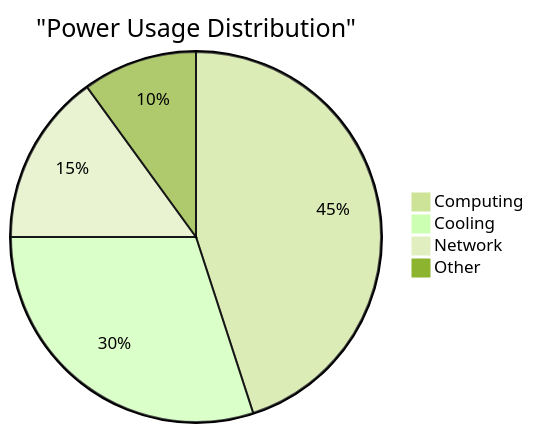
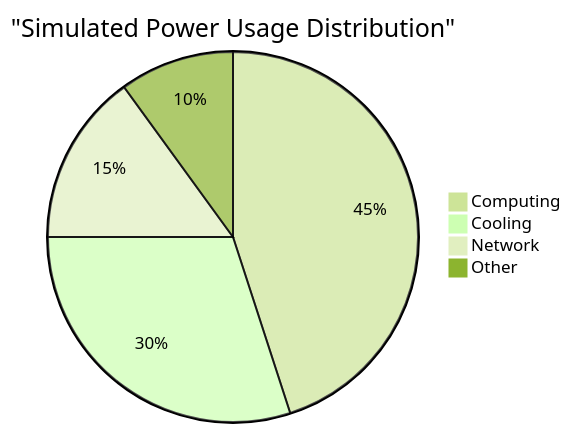
One commit to Vortx-AI/synthetic-satellite changed the second of 9 diagrams in docs/sustainability/operations.md. Above: the diagram before and after it, drawn with Mermaid (forest theme). The commit also changed other lines of this file, not shown here.

````diff
--- a/docs/sustainability/operations.md
+++ b/docs/sustainability/operations.md
@@ -42,7 +42,7 @@
 ```mermaid
-pie title "Power Usage Distribution"
+pie title "Simulated Power Usage Distribution"
     "Computing" : 45
     "Cooling" : 30
     "Network" : 15
     "Other" : 10
 ```
````
